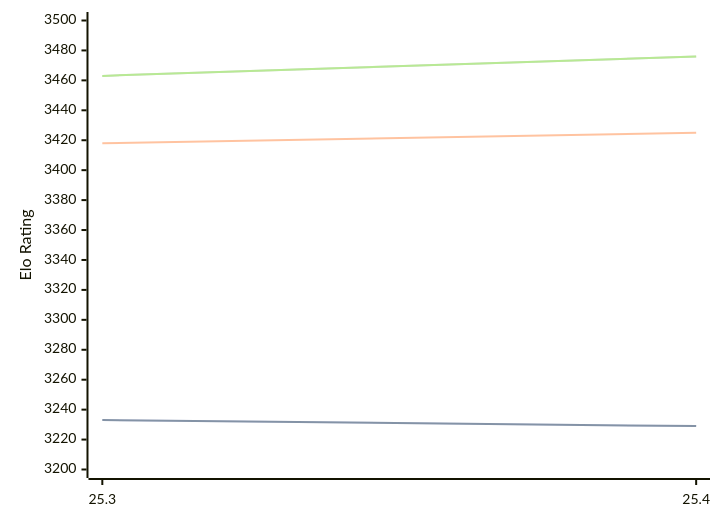
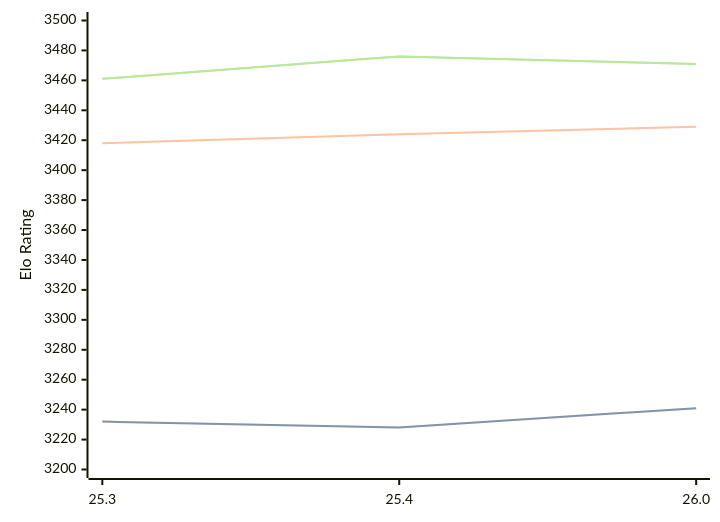
Before and after one commit to computer-chess-index/cci: the diagram in engines/Arasan.md, drawn with Mermaid. The commit also changed other lines of this file, not shown here.

Commit message:
Update CCI Ratings (ELO VLTC) - 2026-07-27

````diff
--- a/engines/Arasan.md
+++ b/engines/Arasan.md
@@ -34,11 +34,11 @@
 ```mermaid
 %%{init: {"theme":"base","themeVariables":{"seriesColors:['#a3a3a3','#222221','#faa371']}}}%%
 xychart-beta
-  x-axis ["25.3", "25.4"]
+  x-axis ["25.3", "25.4", "26.0"]
   y-axis "Elo Rating" 3200 --> 3500
-  line "STC (8.0+0.08s)" [3233, 3229]
-  line "STC (8.0+0.08s)" [3233, 3229]
-  line "LTC (60.0+0.60s)" [3418, 3425]
-  line "VLTC (2m24s+1.12s)" [3463, 3476]
-  line "VLTC (2m24s+1.12s)" [3463, 3476]
+  line "STC (8.0+0.08s)" [3232, 3228, 3241]
+  line "STC (8.0+0.08s)" [3232, 3228, 3241]
+  line "LTC (60.0+0.60s)" [3418, 3424, 3429]
+  line "VLTC (2m24s+1.12s)" [3461, 3476, 3471]
+  line "VLTC (2m24s+1.12s)" [3461, 3476, 3471]
 ```
````
